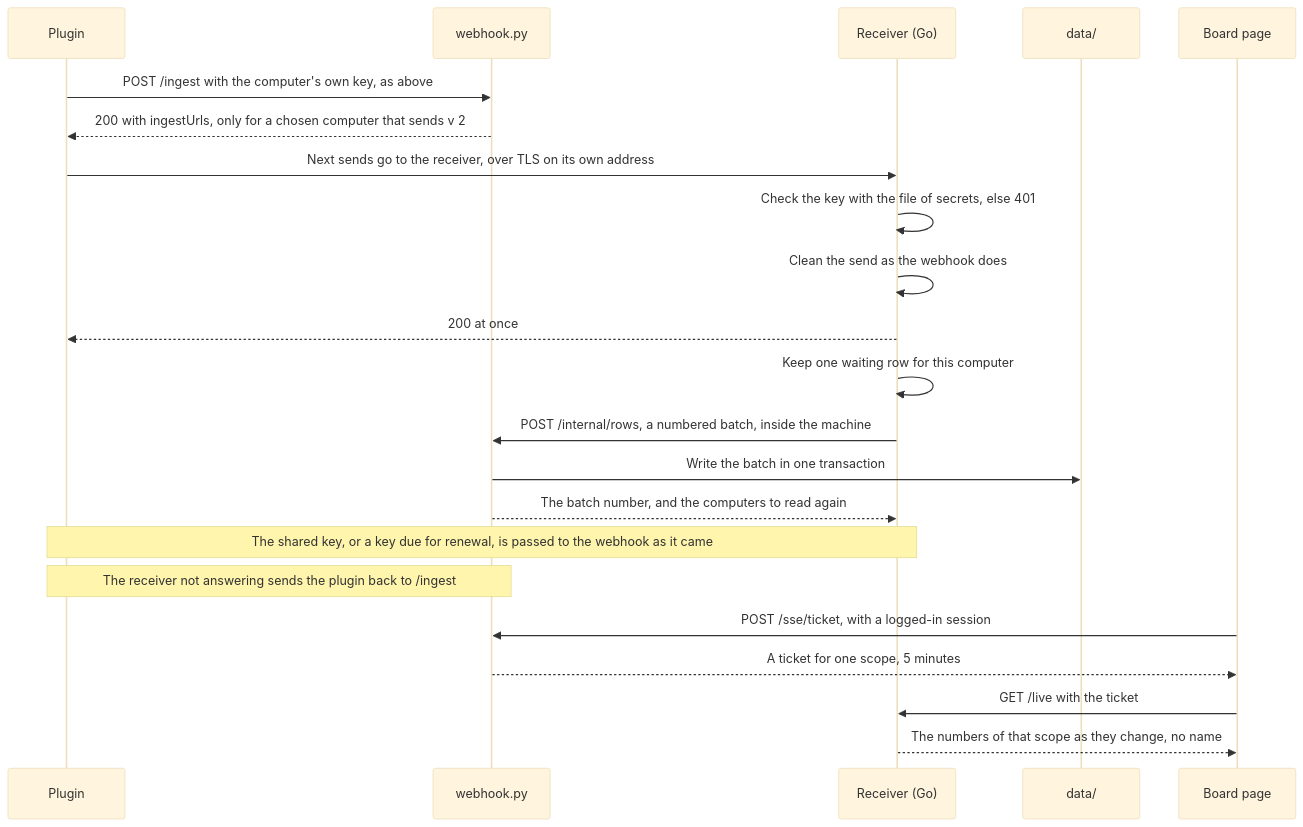
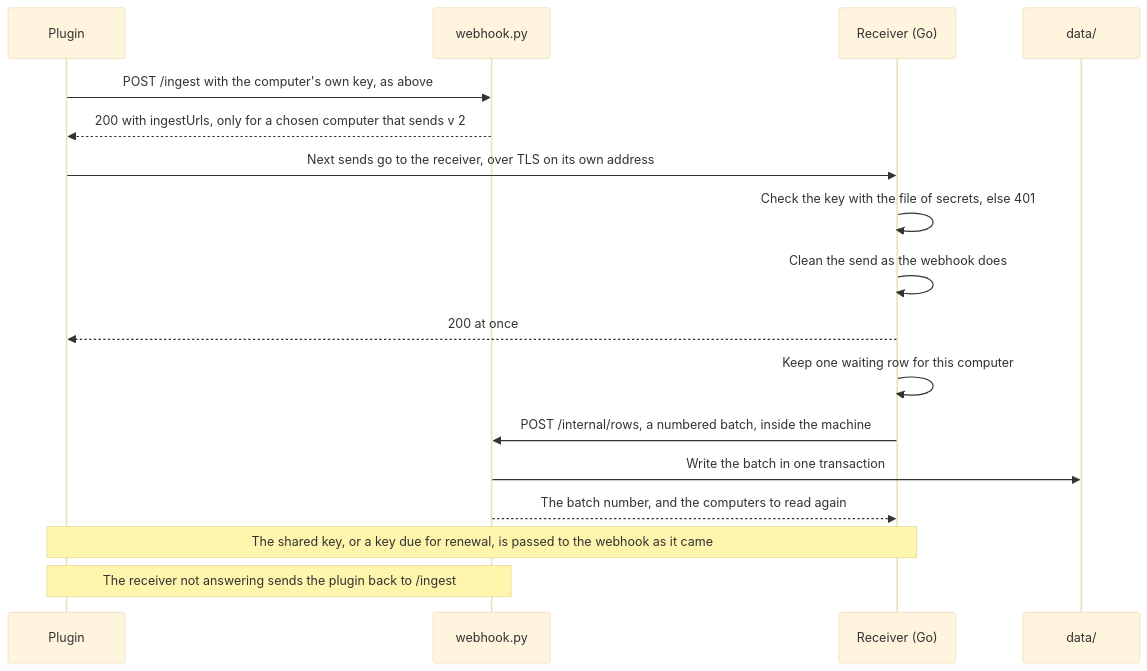
Before and after one commit to anhle9x/ai-worker: the third of 15 diagrams in docs/ARCHITECTURE.md, drawn with Mermaid (base theme). The commit also changed other lines of this file and 9 other files, not shown here.

````diff
--- a/docs/ARCHITECTURE.md
+++ b/docs/ARCHITECTURE.md
@@ -212,24 +212,19 @@
 ```mermaid
 sequenceDiagram
   participant P as Plugin
   participant W as webhook.py
   participant R as Receiver (Go)
   participant D as data/
-  participant B as Board page
   P->>W: POST /ingest with the computer's own key, as above
   W-->>P: 200 with ingestUrls, only for a chosen computer that sends v 2
   P->>R: Next sends go to the receiver, over TLS on its own address
   R->>R: Check the key with the file of secrets, else 401
   R->>R: Clean the send as the webhook does
   R-->>P: 200 at once
   R->>R: Keep one waiting row for this computer
   R->>W: POST /internal/rows, a numbered batch, inside the machine
   W->>D: Write the batch in one transaction
   W-->>R: The batch number, and the computers to read again
   Note over P,R: The shared key, or a key due for renewal, is passed to the webhook as it came
   Note over P,W: The receiver not answering sends the plugin back to /ingest
-  B->>W: POST /sse/ticket, with a logged-in session
-  W-->>B: A ticket for one scope, 5 minutes
-  B->>R: GET /live with the ticket
-  R-->>B: The numbers of that scope as they change, no name
 ```
````
